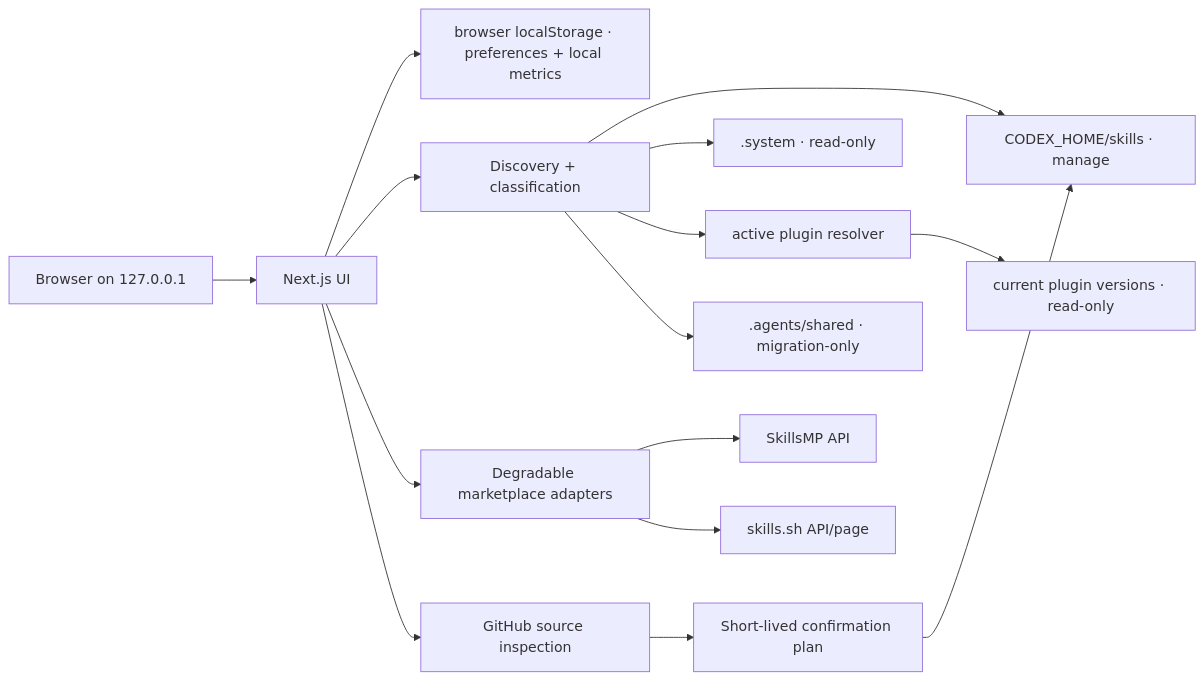
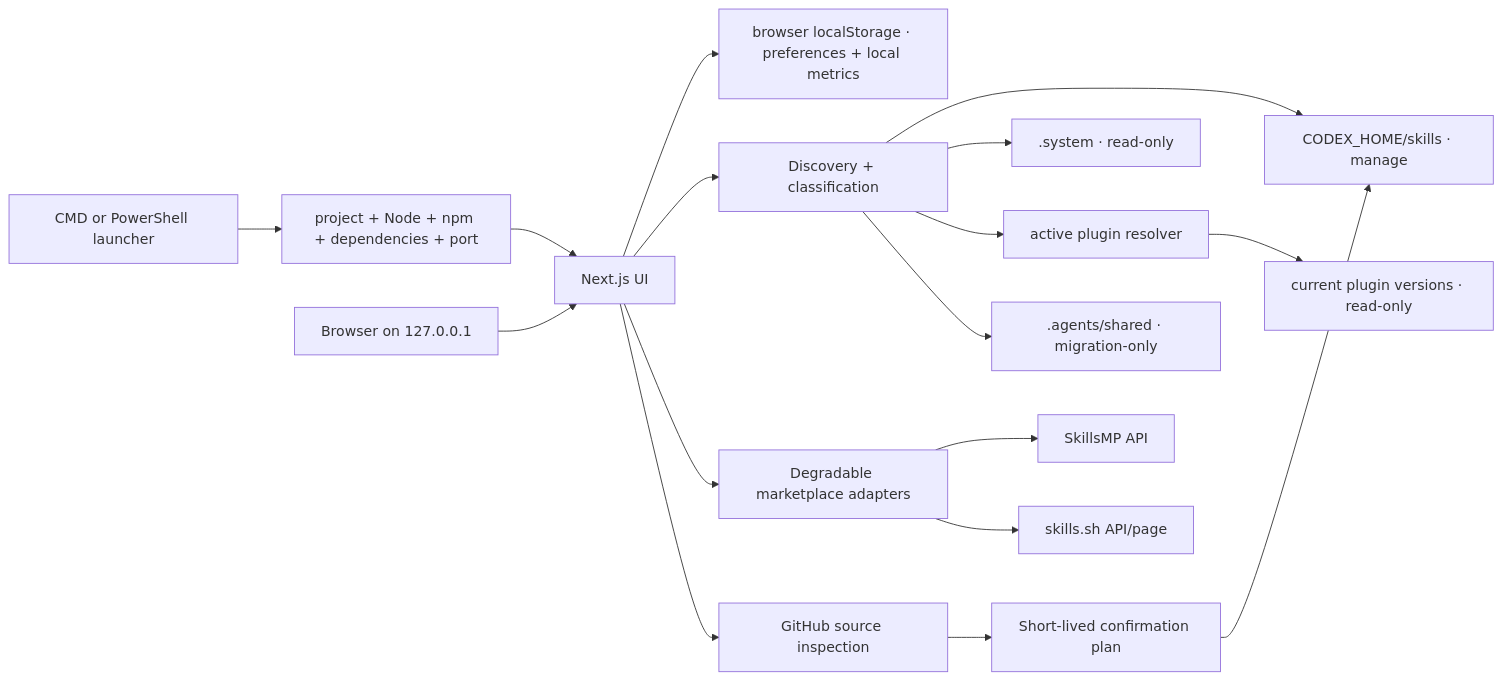
The diagram in docs/architecture.md (NaCr05/skill-atlas), drawn with Mermaid before and after one commit. The commit also changed other lines of this file and 18 other files, not shown here.

````diff
--- a/docs/architecture.md
+++ b/docs/architecture.md
@@ -7,17 +7,19 @@
 ```mermaid
 flowchart LR
+  Launcher["CMD or PowerShell launcher"] --> Preflight["project + Node + npm + dependencies + port"]
+  Preflight --> UI
   Browser["Browser on 127.0.0.1"] --> UI["Next.js UI"]
   UI --> LocalState["browser localStorage · preferences + local metrics"]
   UI --> Scan["Discovery + classification"]
   Scan --> Personal["CODEX_HOME/skills · manage"]
   Scan --> System[".system · read-only"]
   Scan --> PluginResolver["active plugin resolver"]
   PluginResolver --> Plugins["current plugin versions · read-only"]
   Scan --> Compat[".agents/shared · migration-only"]
   UI --> Market["Degradable marketplace adapters"]
   Market --> SkillsMP["SkillsMP API"]
   Market --> SkillsSh["skills.sh API/page"]
   UI --> Inspect["GitHub source inspection"]
   Inspect --> Confirm["Short-lived confirmation plan"]
   Confirm --> Personal
 ```
````
